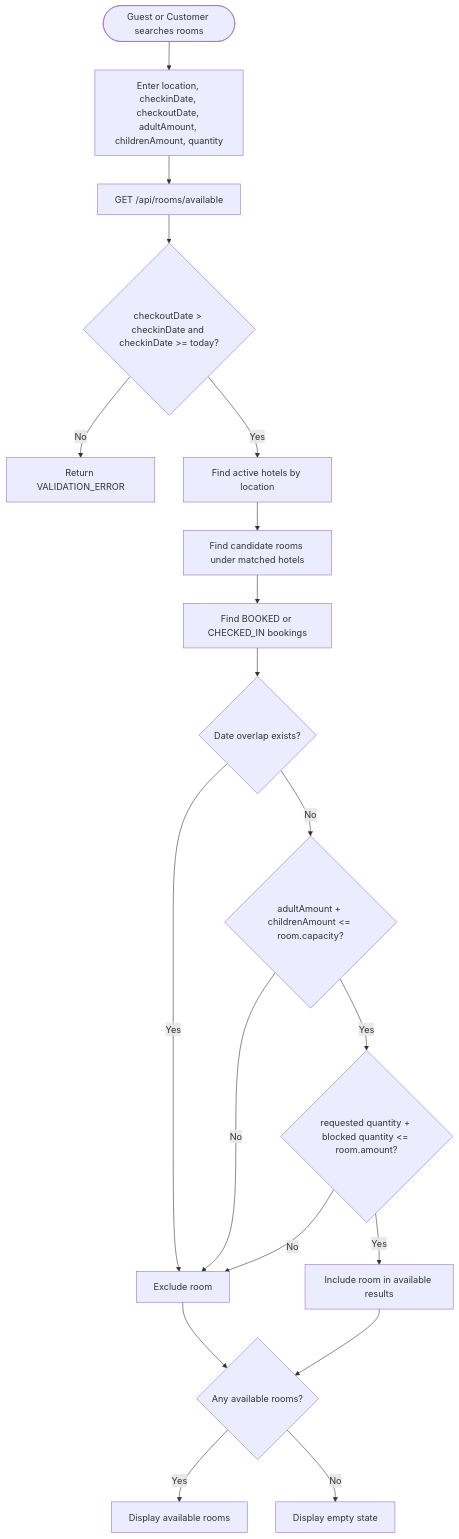
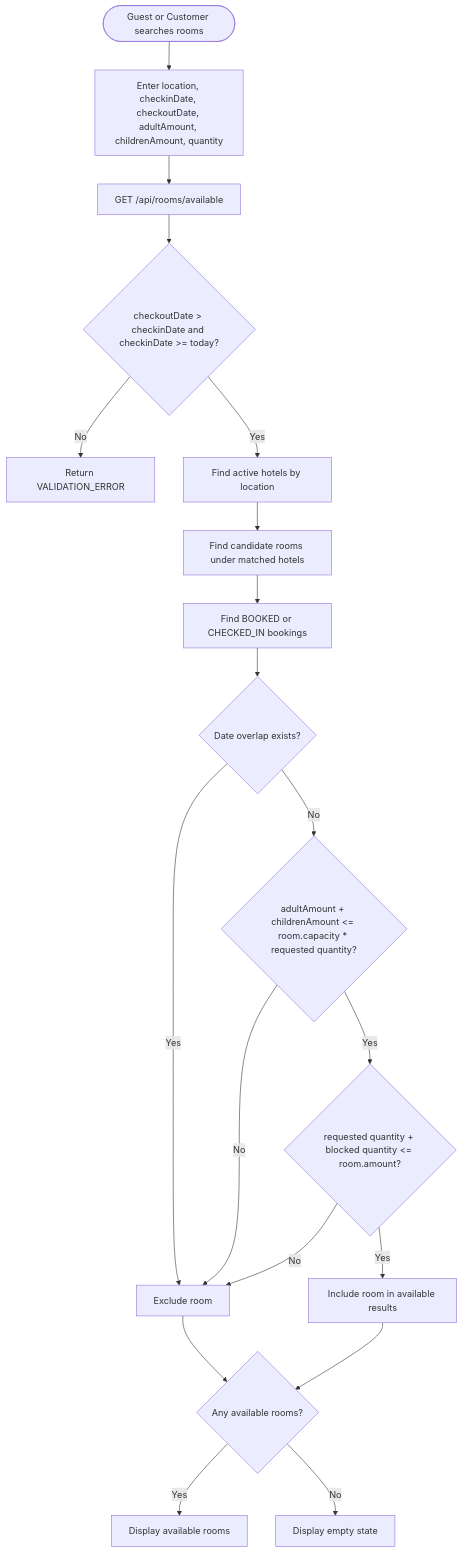
The second of 11 diagrams in SDD/04-diagrams/CORE_FLOW_DIAGRAMS.md (Sora0977/Hotel_Booking_PRD), drawn with Mermaid before and after one commit. The commit also changed other lines of this file and 91 other files, not shown here.

````diff
--- a/SDD/04-diagrams/CORE_FLOW_DIAGRAMS.md
+++ b/SDD/04-diagrams/CORE_FLOW_DIAGRAMS.md
@@ -48,33 +48,33 @@
 ```mermaid
 flowchart TD
     Start([Guest or Customer searches rooms])
     Input[Enter location, checkinDate, checkoutDate, adultAmount, childrenAmount, quantity]
     API[GET /api/rooms/available]
     ValidateDates{checkoutDate > checkinDate and checkinDate >= today?}
     FindHotels[Find active hotels by location]
     FindRooms[Find candidate rooms under matched hotels]
     FindBlockingBookings[Find BOOKED or CHECKED_IN bookings]
     Overlap{Date overlap exists?}
-    Capacity{adultAmount + childrenAmount <= room.capacity?}
+    Capacity{adultAmount + childrenAmount <= room.capacity * requested quantity?}
     Quantity{requested quantity + blocked quantity <= room.amount?}
     Include[Include room in available results]
     Exclude[Exclude room]
     Results{Any available rooms?}
     ShowResults[Display available rooms]
     EmptyState[Display empty state]
     DateError[Return VALIDATION_ERROR]
 
     Start --> Input --> API --> ValidateDates
     ValidateDates -->|No| DateError
     ValidateDates -->|Yes| FindHotels --> FindRooms --> FindBlockingBookings --> Overlap
     Overlap -->|Yes| Exclude
     Overlap -->|No| Capacity
     Capacity -->|No| Exclude
     Capacity -->|Yes| Quantity
     Quantity -->|No| Exclude
     Quantity -->|Yes| Include
     Include --> Results
     Exclude --> Results
     Results -->|Yes| ShowResults
     Results -->|No| EmptyState
 ```
````
